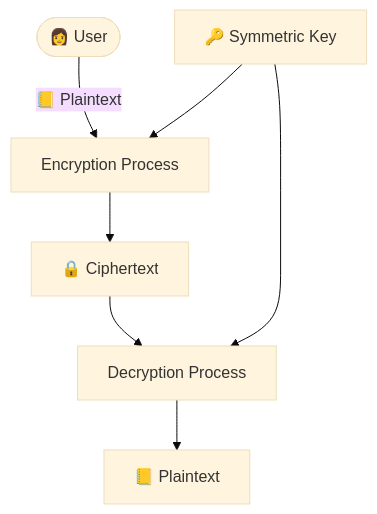
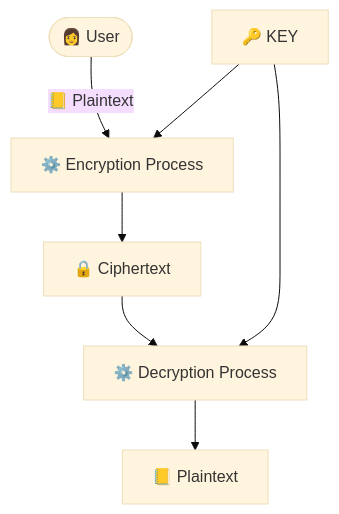
One commit to cesarsotovalero/cesarsotovalero.github.io changed the first of 3 diagrams in _posts/2023/2023-08-13-a-prime-on-public-key-infrastructure.md. Above: the diagram before and after it, drawn with Mermaid. The commit also changed other lines of this file and 3 other files, not shown here.

```diff
--- a/_posts/2023/2023-08-13-a-prime-on-public-key-infrastructure.md
+++ b/_posts/2023/2023-08-13-a-prime-on-public-key-infrastructure.md
@@ -61,11 +98,11 @@
 {% mermaid %}
 %%{init: {'theme':'base'}}%%
 flowchart TB;
-U(["👩 User"]) --> |"📒 Plaintext"| C["Encryption Process"]
-KEY["🔑 Symmetric Key"]
+U(["👩 User"]) --> |"📒 Plaintext"| C["⚙️ Encryption Process"]
+KEY["🔑 KEY"]
 KEY --> C
 C --> K["🔒 Ciphertext"]
-K --> F["Decryption Process"]
+K --> F["⚙️ Decryption Process"]
 KEY --> F
 F --> G["📒 Plaintext"]
 {% endmermaid %}
```
